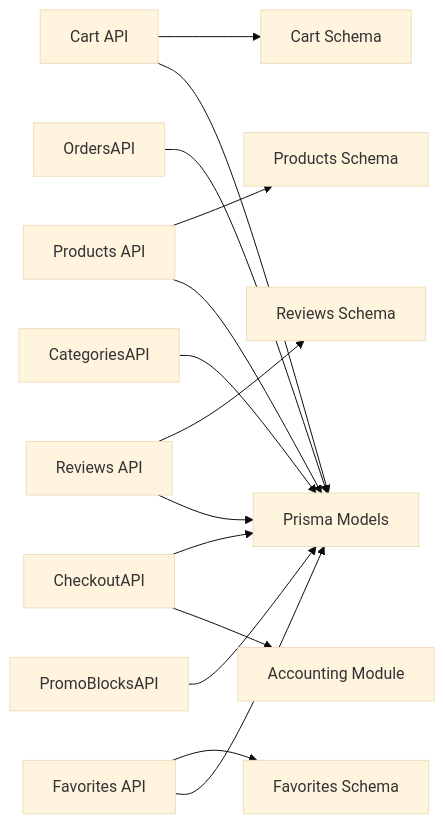
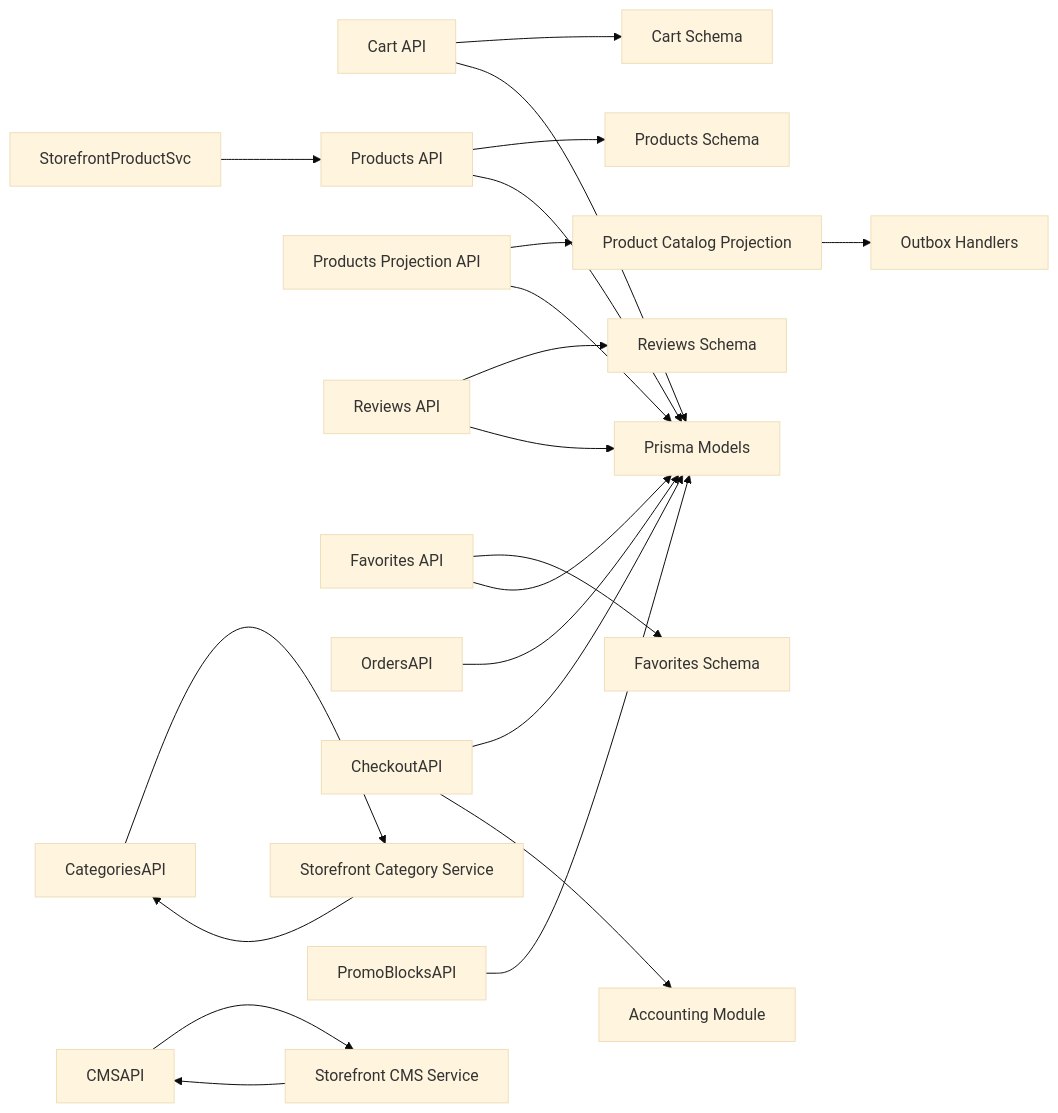
One commit to nzey11/erp-new changed the eighth of 8 diagrams in .qoder/repowiki/en/content/E-commerce Module/E-commerce Module.md. Above: the diagram before and after it, drawn with Mermaid (base theme). The commit also changed other lines of this file and 46 other files, not shown here.

````diff
--- a/.qoder/repowiki/en/content/E-commerce Module/E-commerce Module.md
+++ b/.qoder/repowiki/en/content/E-commerce Module/E-commerce Module.md
@@ -423,16 +608,23 @@
 ```mermaid
 graph LR
 CartAPI["Cart API"] --> CartSchema["Cart Schema"]
 ProductsAPI["Products API"] --> ProductsSchema["Products Schema"]
+ProductsProjAPI["Products Projection API"] --> Projection["Product Catalog Projection"]
 ReviewsAPI["Reviews API"] --> ReviewsSchema["Reviews Schema"]
 FavoritesAPI["Favorites API"] --> FavoritesSchema["Favorites Schema"]
 CartAPI --> Prisma["Prisma Models"]
 ProductsAPI --> Prisma
+ProductsProjAPI --> Prisma
 OrdersAPI --> Prisma
 CheckoutAPI --> Prisma
 ReviewsAPI --> Prisma
-CategoriesAPI --> Prisma
+CategoriesAPI --> StorefrontCategorySvc["Storefront Category Service"]
 FavoritesAPI --> Prisma
 PromoBlocksAPI --> Prisma
+CMSAPI --> StorefrontCMSSvc["Storefront CMS Service"]
 CheckoutAPI --> Accounting["Accounting Module"]
+Projection --> OutboxHandlers["Outbox Handlers"]
+StorefrontProductSvc --> ProductsAPI
+StorefrontCategorySvc --> CategoriesAPI
+StorefrontCMSSvc --> CMSAPI
 ```
````
